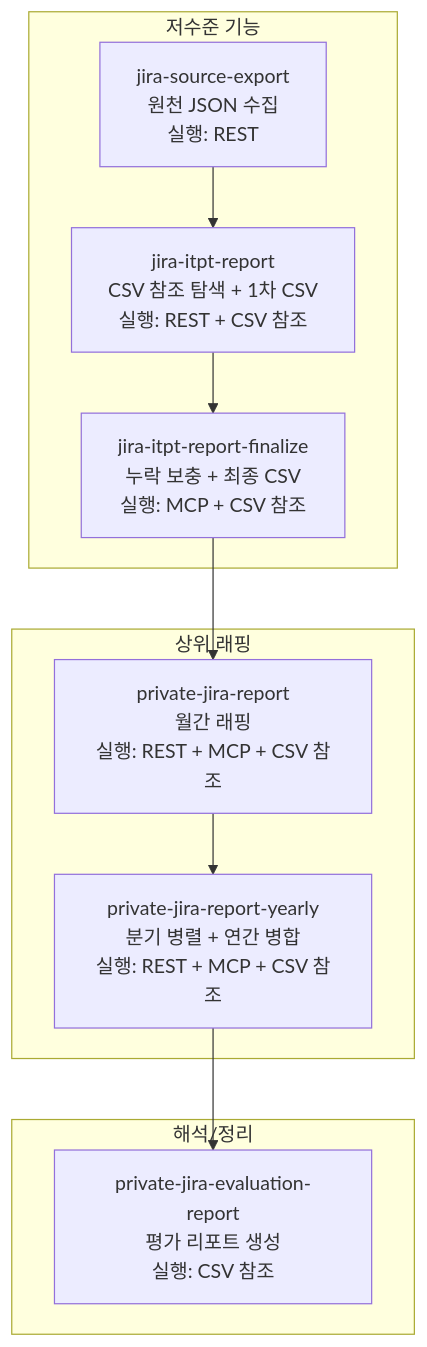
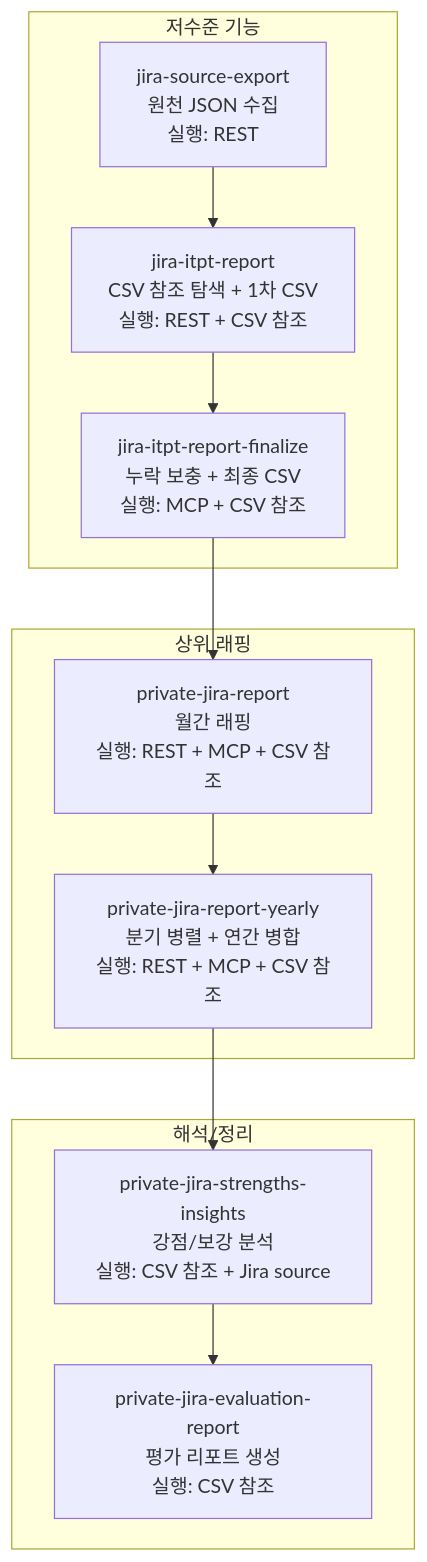
The diagram in README.md (TODOTODoTOdoTodotodo/private-jira-report-skills), drawn with Mermaid before and after one commit. The commit also changed other lines of this file and 4 other files, not shown here.

Commit message:
Add strengths insight skill and integrate into evaluation

````diff
--- a/README.md
+++ b/README.md
@@ -202,23 +205,25 @@
 ```mermaid
 flowchart TD
   A[jira-source-export<br/>원천 JSON 수집<br/>실행: REST] --> B[jira-itpt-report<br/>CSV 참조 탐색 + 1차 CSV<br/>실행: REST + CSV 참조]
   B --> C[jira-itpt-report-finalize<br/>누락 보충 + 최종 CSV<br/>실행: MCP + CSV 참조]
   C --> D[private-jira-report<br/>월간 래핑<br/>실행: REST + MCP + CSV 참조]
   D --> E[private-jira-report-yearly<br/>분기 병렬 + 연간 병합<br/>실행: REST + MCP + CSV 참조]
-  E --> F[private-jira-evaluation-report<br/>평가 리포트 생성<br/>실행: CSV 참조]
+  E --> G[private-jira-strengths-insights<br/>강점/보강 분석<br/>실행: CSV 참조 + Jira source]
+  G --> F[private-jira-evaluation-report<br/>평가 리포트 생성<br/>실행: CSV 참조]
 
   subgraph Base["저수준 기능"]
     A
     B
     C
   end
 
   subgraph Wrapper["상위 래핑"]
     D
     E
   end
 
   subgraph Output["해석/정리"]
+    G
     F
   end
 ```
````
